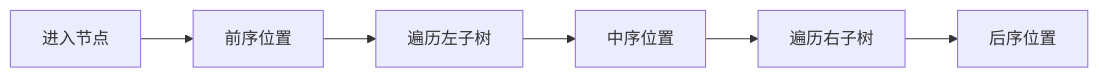
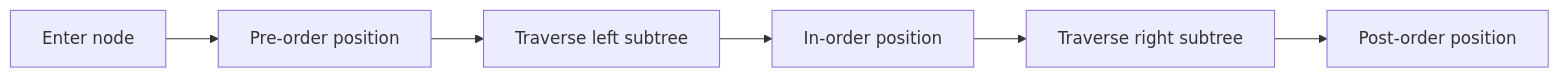
The diagram in src/content/technology/recursive-traversal.md (HONGLEI111/hhlblog-global), drawn with Mermaid before and after one commit. The commit also changed 33 other files, not shown here.

First line of the commit message:
content(code): 翻译 mermaid 图节点标签（34 文件 / 267 处）

````diff
--- a/src/content/technology/recursive-traversal.md
+++ b/src/content/technology/recursive-traversal.md
@@ -223,8 +223,8 @@
 ```mermaid
 graph LR
-    A[进入节点] --> B[前序位置]
-    B --> C[遍历左子树]
-    C --> D[中序位置]
-    D --> E[遍历右子树]
-    E --> F[后序位置]
+    A[Enter node] --> B[Pre-order position]
+    B --> C[Traverse left subtree]
+    C --> D[In-order position]
+    D --> E[Traverse right subtree]
+    E --> F[Post-order position]
 ```
````
